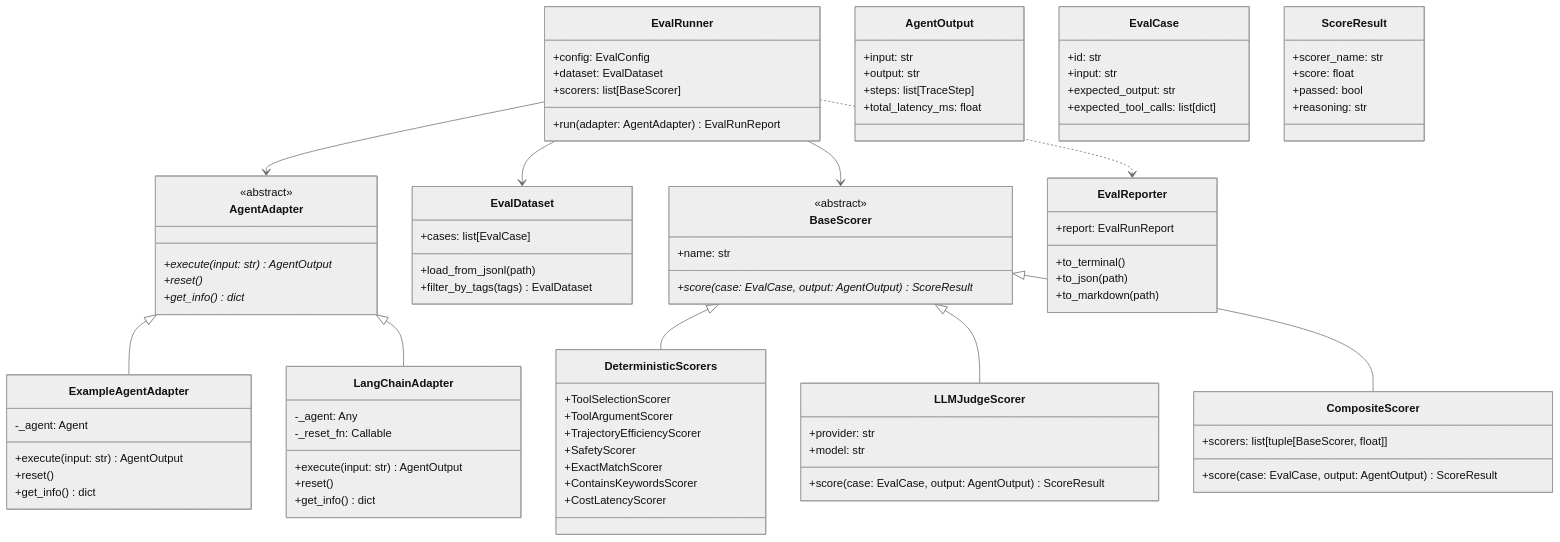
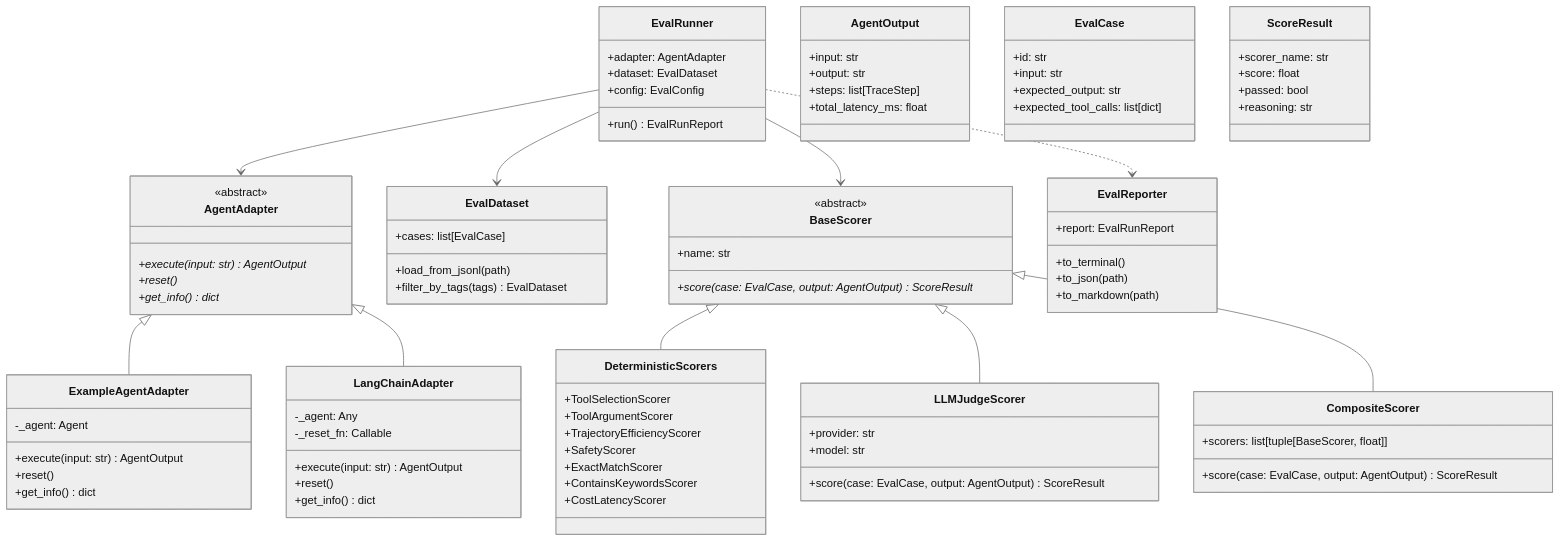
The fourth of 8 diagrams in developer_walkthrough.md (vdonthireddy/evals-framework), drawn with Mermaid (neutral theme) before and after one commit. The commit also changed other lines of this file and 15 other files, not shown here.

```diff
--- a/developer_walkthrough.md
+++ b/developer_walkthrough.md
@@ -488,10 +488,10 @@
     }
 
     class EvalRunner {
+        +adapter: AgentAdapter
+        +dataset: EvalDataset
         +config: EvalConfig
-        +dataset: EvalDataset
-        +scorers: list[BaseScorer]
-        +run(adapter: AgentAdapter) EvalRunReport
+        +run() EvalRunReport
     }
 
     class EvalDataset {
```
